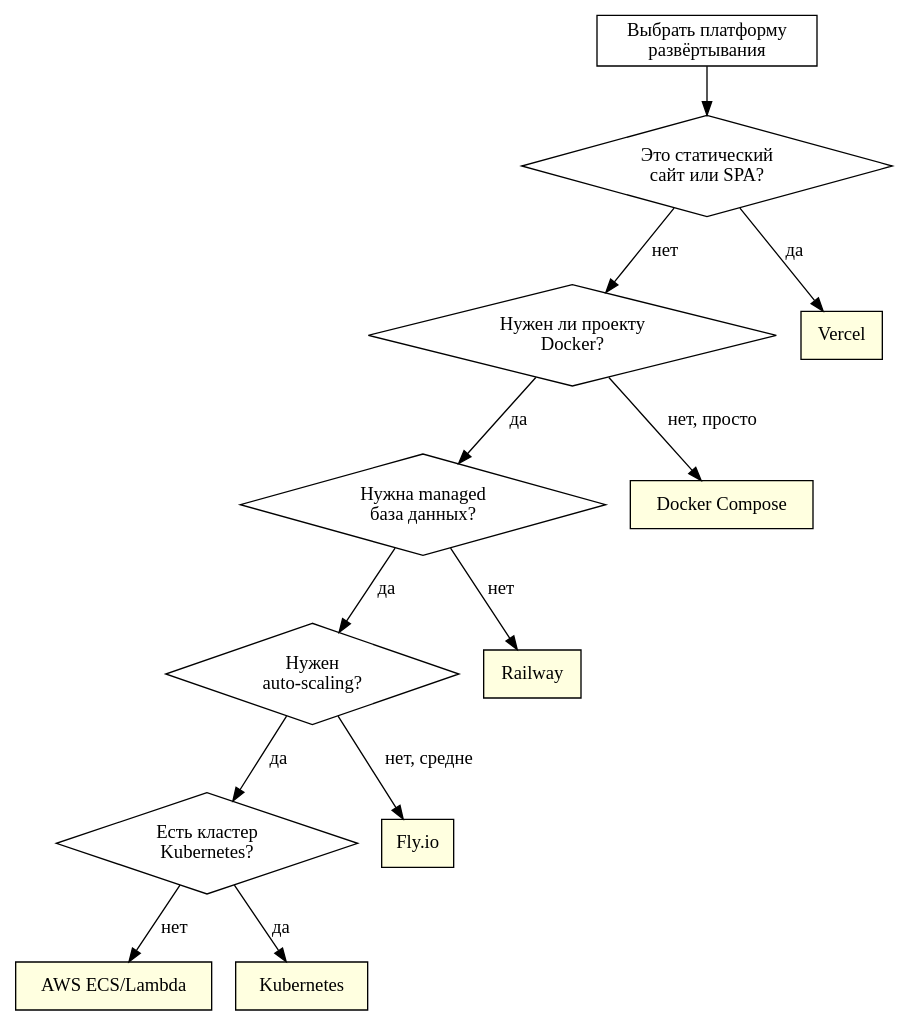
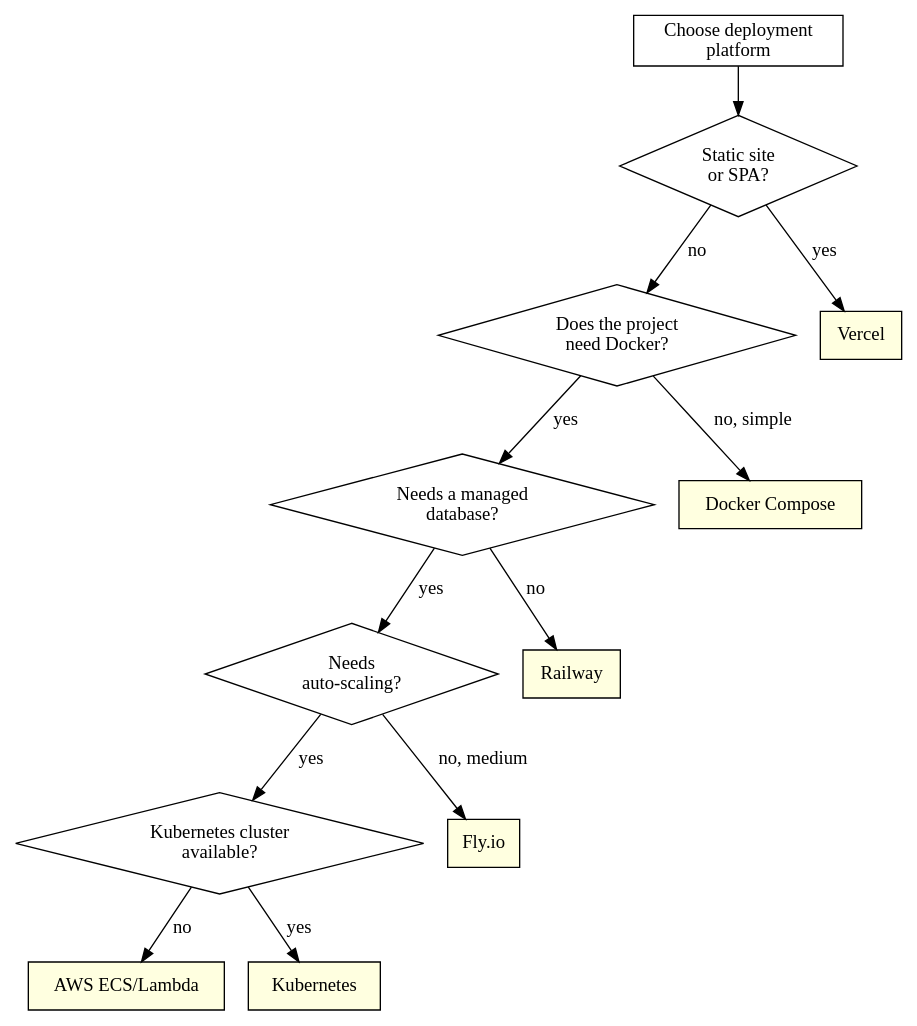
The diagram in agents/devops-engineer.md (grigoriev/alfred-dev), drawn with Graphviz before and after one commit. The commit also changed other lines of this file and 104 other files, not shown here.

````diff
--- a/agents/devops-engineer.md
+++ b/agents/devops-engineer.md
@@ -215,32 +178,32 @@
 ```dot
 digraph platform_decision {
     rankdir=TB;
     node [shape=diamond];
 
-    start [label="Выбрать платформу\nразвёртывания" shape=box];
-    has_docker [label="Нужен ли проекту\nDocker?"];
-    is_static [label="Это статический\nсайт или SPA?"];
-    needs_db [label="Нужна managed\nбаза данных?"];
-    needs_scale [label="Нужен\nauto-scaling?"];
-    has_k8s [label="Есть кластер\nKubernetes?"];
+    start [label="Choose deployment\nplatform" shape=box];
+    has_docker [label="Does the project\nneed Docker?"];
+    is_static [label="Static site\nor SPA?"];
+    needs_db [label="Needs a managed\ndatabase?"];
+    needs_scale [label="Needs\nauto-scaling?"];
+    has_k8s [label="Kubernetes cluster\navailable?"];
 
     vercel [label="Vercel" shape=box style=filled fillcolor=lightyellow];
     railway [label="Railway" shape=box style=filled fillcolor=lightyellow];
     fly [label="Fly.io" shape=box style=filled fillcolor=lightyellow];
     ecs [label="AWS ECS/Lambda" shape=box style=filled fillcolor=lightyellow];
     k8s [label="Kubernetes" shape=box style=filled fillcolor=lightyellow];
     compose [label="Docker Compose" shape=box style=filled fillcolor=lightyellow];
 
     start -> is_static;
-    is_static -> vercel [label="да"];
-    is_static -> has_docker [label="нет"];
-    has_docker -> needs_db [label="да"];
-    has_docker -> compose [label="нет, просто"];
-    needs_db -> needs_scale [label="да"];
-    needs_db -> railway [label="нет"];
-    needs_scale -> has_k8s [label="да"];
-    needs_scale -> fly [label="нет, средне"];
-    has_k8s -> k8s [label="да"];
-    has_k8s -> ecs [label="нет"];
+    is_static -> vercel [label="yes"];
+    is_static -> has_docker [label="no"];
+    has_docker -> needs_db [label="yes"];
+    has_docker -> compose [label="no, simple"];
+    needs_db -> needs_scale [label="yes"];
+    needs_db -> railway [label="no"];
+    needs_scale -> has_k8s [label="yes"];
+    needs_scale -> fly [label="no, medium"];
+    has_k8s -> k8s [label="yes"];
+    has_k8s -> ecs [label="no"];
 }
 ```
````
